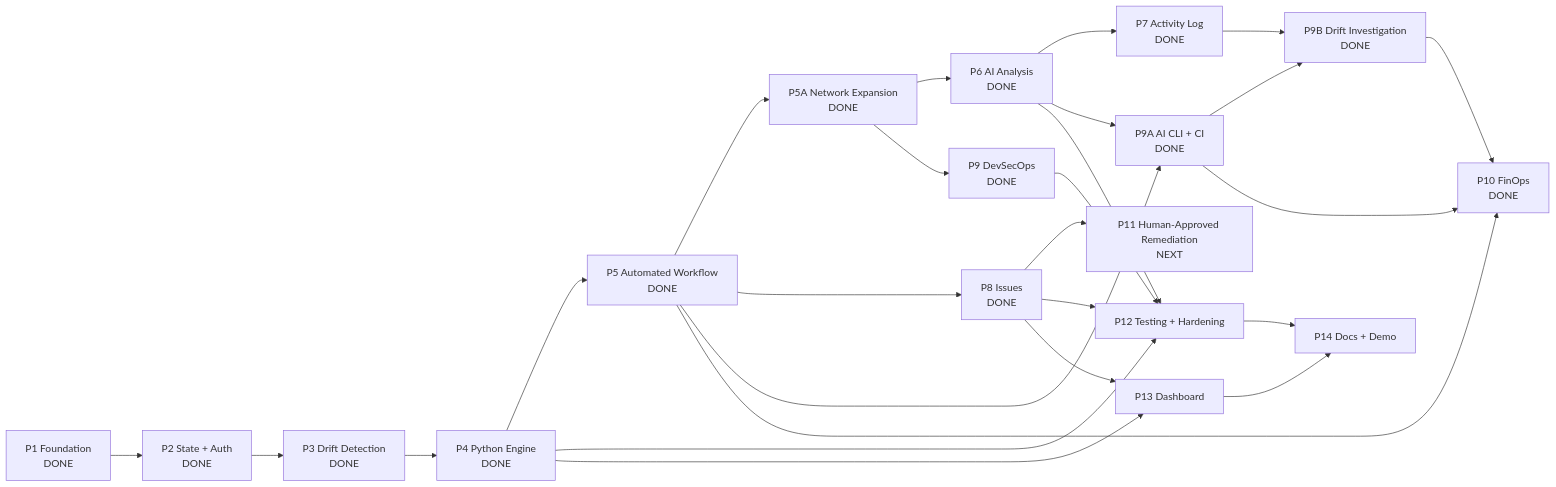
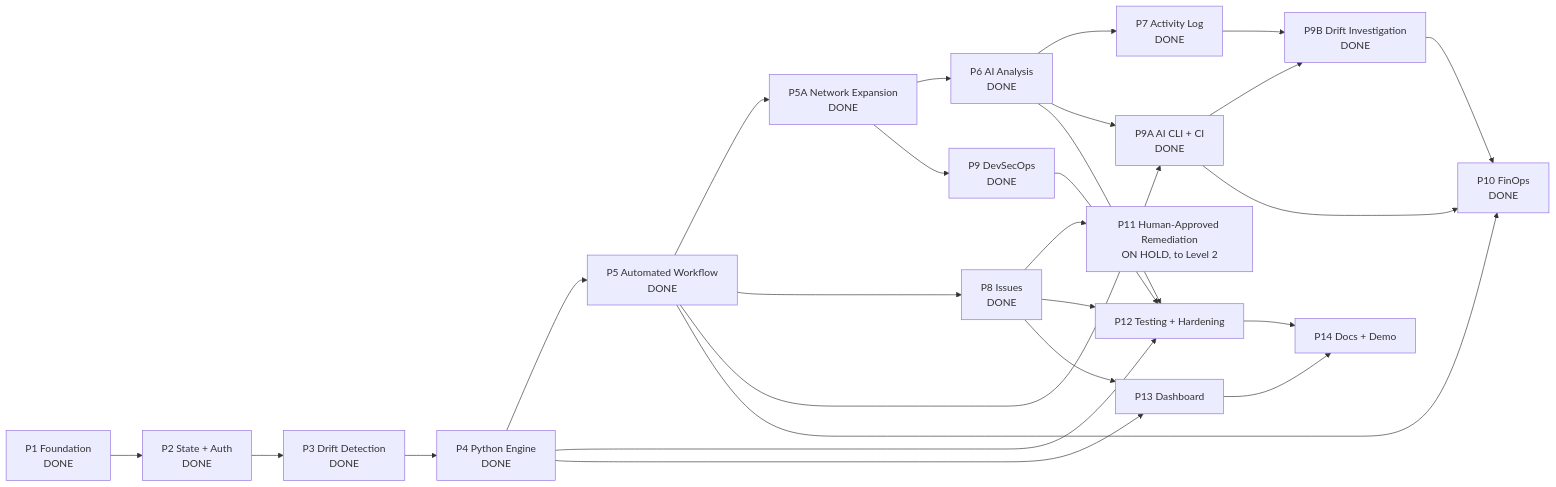
The fourth of 11 diagrams in docs/MASTER_PROJECT_GUIDE.md (HarshAgarwal1102/ai-terraform-drift-detector), drawn with Mermaid before and after one commit. The commit also changed other lines of this file and 4 other files, not shown here.

````diff
--- a/docs/MASTER_PROJECT_GUIDE.md
+++ b/docs/MASTER_PROJECT_GUIDE.md
@@ -417,28 +421,28 @@
 ```mermaid
 flowchart LR
     P1["P1 Foundation<br/>DONE"] --> P2["P2 State + Auth<br/>DONE"]
     P2 --> P3["P3 Drift Detection<br/>DONE"]
     P3 --> P4["P4 Python Engine<br/>DONE"]
     P4 --> P5["P5 Automated Workflow<br/>DONE"]
     P5 --> P5A["P5A Network Expansion<br/>DONE"]
     P5A --> P6["P6 AI Analysis<br/>DONE"]
     P6 --> P7["P7 Activity Log<br/>DONE"]
     P5 --> P8["P8 Issues<br/>DONE"]
     P5A --> P9["P9 DevSecOps<br/>DONE"]
     P6 --> P9A["P9A AI CLI + CI<br/>DONE"]
     P5 --> P9A
     P7 --> P9B["P9B Drift Investigation<br/>DONE"]
     P9A --> P9B
     P5 --> P10["P10 FinOps<br/>DONE"]
     P9A --> P10
     P9B --> P10
-    P8 --> P11["P11 Human-Approved Remediation<br/>NEXT"]
+    P8 --> P11["P11 Human-Approved Remediation<br/>ON HOLD, to Level 2"]
     P4 --> P12["P12 Testing + Hardening"]
     P6 --> P12
     P8 --> P12
     P9 --> P12
     P4 --> P13["P13 Dashboard"]
     P8 --> P13
     P12 --> P14["P14 Docs + Demo"]
     P13 --> P14
 ```
````
